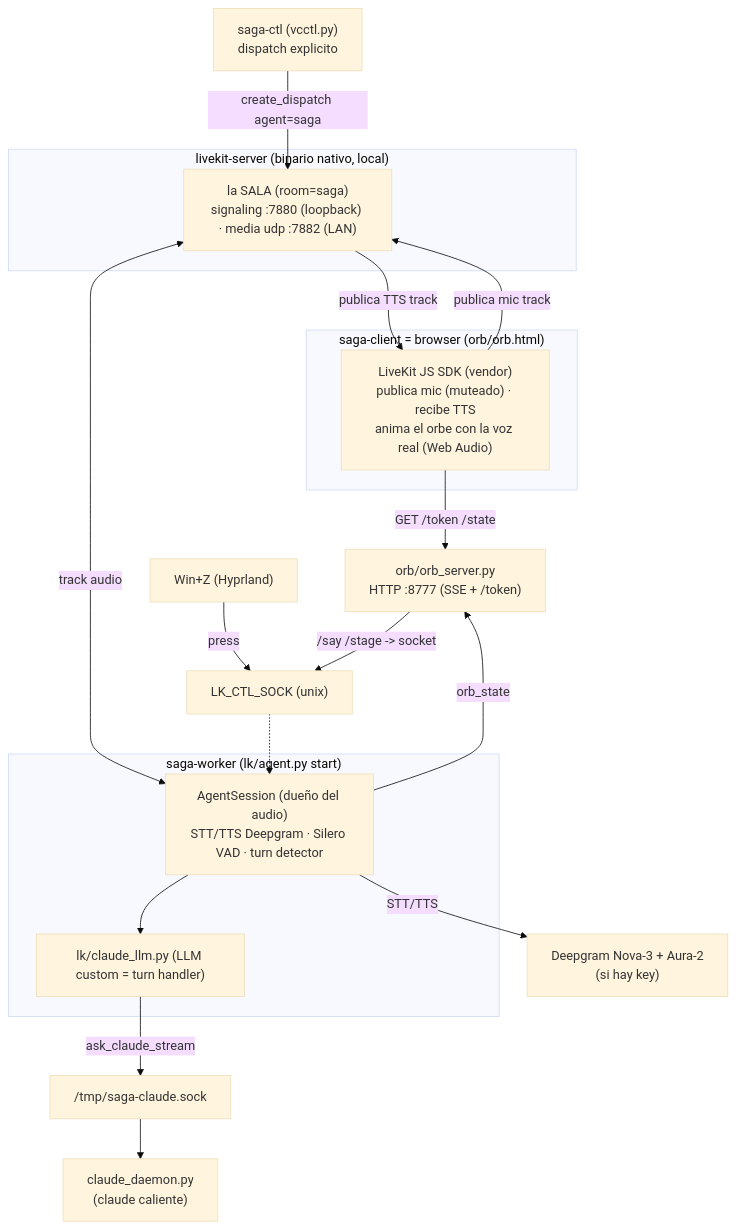
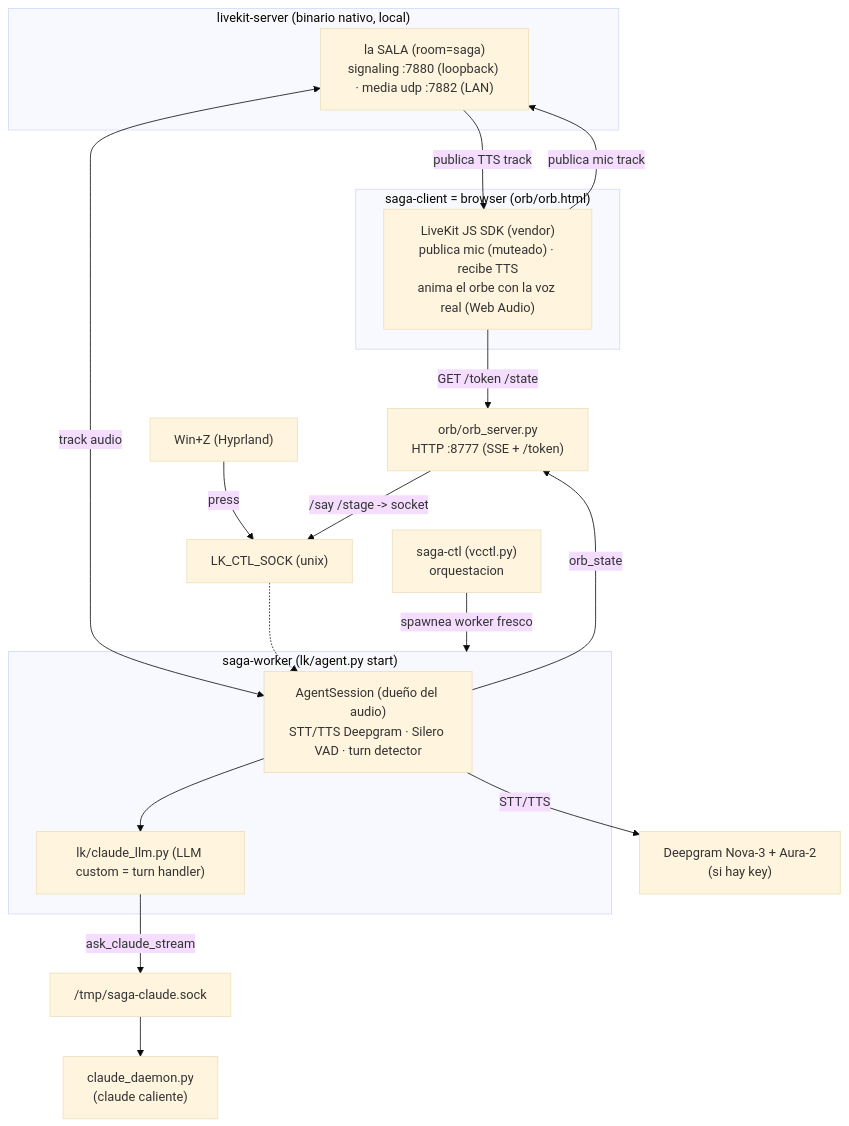
The diagram in docs/architecture.md (RenzoPS/saga), drawn with Mermaid (base theme) before and after one commit. The commit also changed other lines of this file and 11 other files, not shown here.

````diff
--- a/docs/architecture.md
+++ b/docs/architecture.md
@@ -17,37 +17,37 @@
 ```mermaid
 graph TD
     subgraph Server["livekit-server (binario nativo, local)"]
         Room["la SALA (room=saga)<br/>signaling :7880 (loopback) · media udp :7882 (LAN)"]
     end
 
     subgraph Client["saga-client = browser (orb/orb.html)"]
         Orb["LiveKit JS SDK (vendor)<br/>publica mic (muteado) · recibe TTS<br/>anima el orbe con la voz real (Web Audio)"]
     end
 
     subgraph Worker["saga-worker (lk/agent.py start)"]
         Agent["AgentSession (dueño del audio)<br/>STT/TTS Deepgram · Silero VAD · turn detector"]
         LLM["lk/claude_llm.py (LLM custom = turn handler)"]
     end
 
     OServer["orb/orb_server.py<br/>HTTP :8777 (SSE + /token)"]
-    Ctl["saga-ctl (vcctl.py)<br/>dispatch explicito"]
+    Ctl["saga-ctl (vcctl.py)<br/>orquestacion"]
     WinZ["Win+Z (Hyprland)"]
     CtlSock["LK_CTL_SOCK (unix)"]
     CDaemon["claude_daemon.py<br/>(claude caliente)"]
     CSock["/tmp/saga-claude.sock"]
     DG["Deepgram Nova-3 + Aura-2<br/>(si hay key)"]
 
     Orb -->|publica mic track| Room
     Room -->|publica TTS track| Orb
     Room <-->|track audio| Agent
     Orb -->|GET /token /state| OServer
-    Ctl -->|create_dispatch agent=saga| Room
+    Ctl -->|spawnea worker fresco| Worker
     WinZ -->|press| CtlSock
     OServer -->|/say /stage -> socket| CtlSock
     CtlSock -.-> Agent
     Agent --> LLM
     LLM -->|ask_claude_stream| CSock
     CSock --> CDaemon
     Agent -->|STT/TTS| DG
     Agent -->|orb_state| OServer
 ```
````
